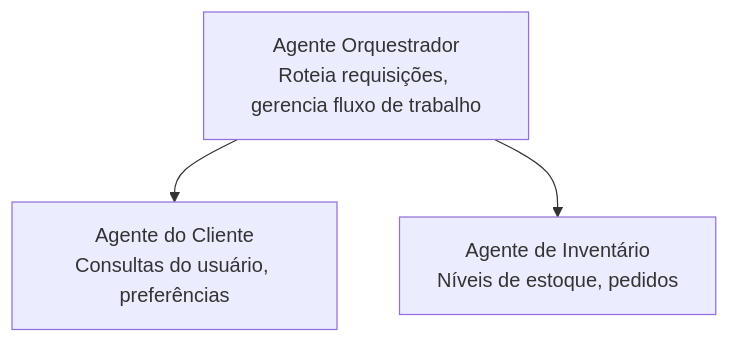
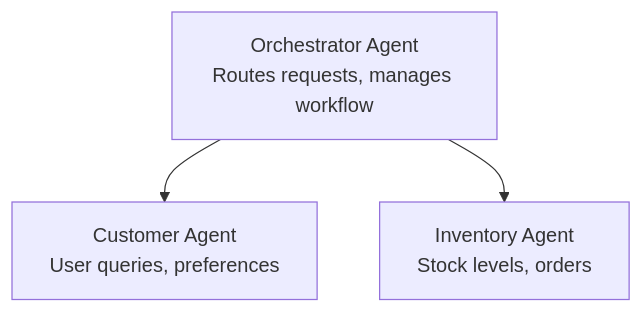
The diagram in translations/pt-BR/docs/chapter-05-multi-agent/README.md (microsoft/AZD-for-beginners), drawn with Mermaid before and after one commit. The commit also changed other lines of this file and 145 other files, not shown here.

````diff
--- a/translations/pt-BR/docs/chapter-05-multi-agent/README.md
+++ b/translations/pt-BR/docs/chapter-05-multi-agent/README.md
@@ -54,5 +56,5 @@
 ```mermaid
 graph TD
-    Orchestrator[Agente Orquestrador<br/>Roteia requisições, gerencia fluxo de trabalho] --> Customer[Agente do Cliente<br/>Consultas do usuário, preferências]
-    Orchestrator --> Inventory[Agente de Inventário<br/>Níveis de estoque, pedidos]
+    Orchestrator[Orchestrator Agent<br/>Routes requests, manages workflow] --> Customer[Customer Agent<br/>User queries, preferences]
+    Orchestrator --> Inventory[Inventory Agent<br/>Stock levels, orders]
 ```
````
